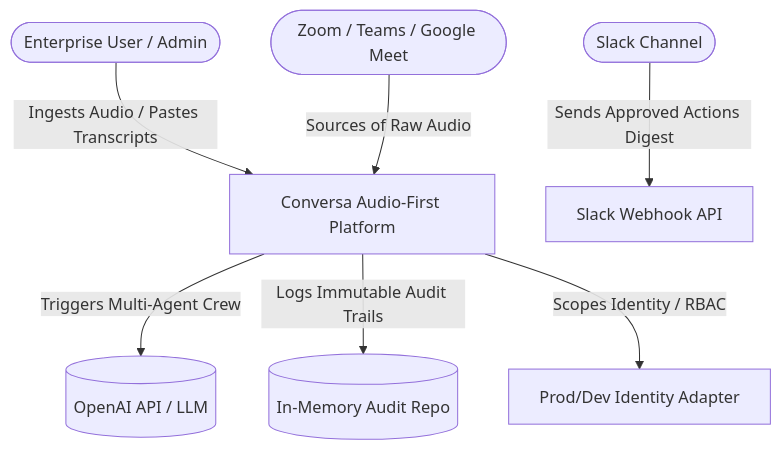
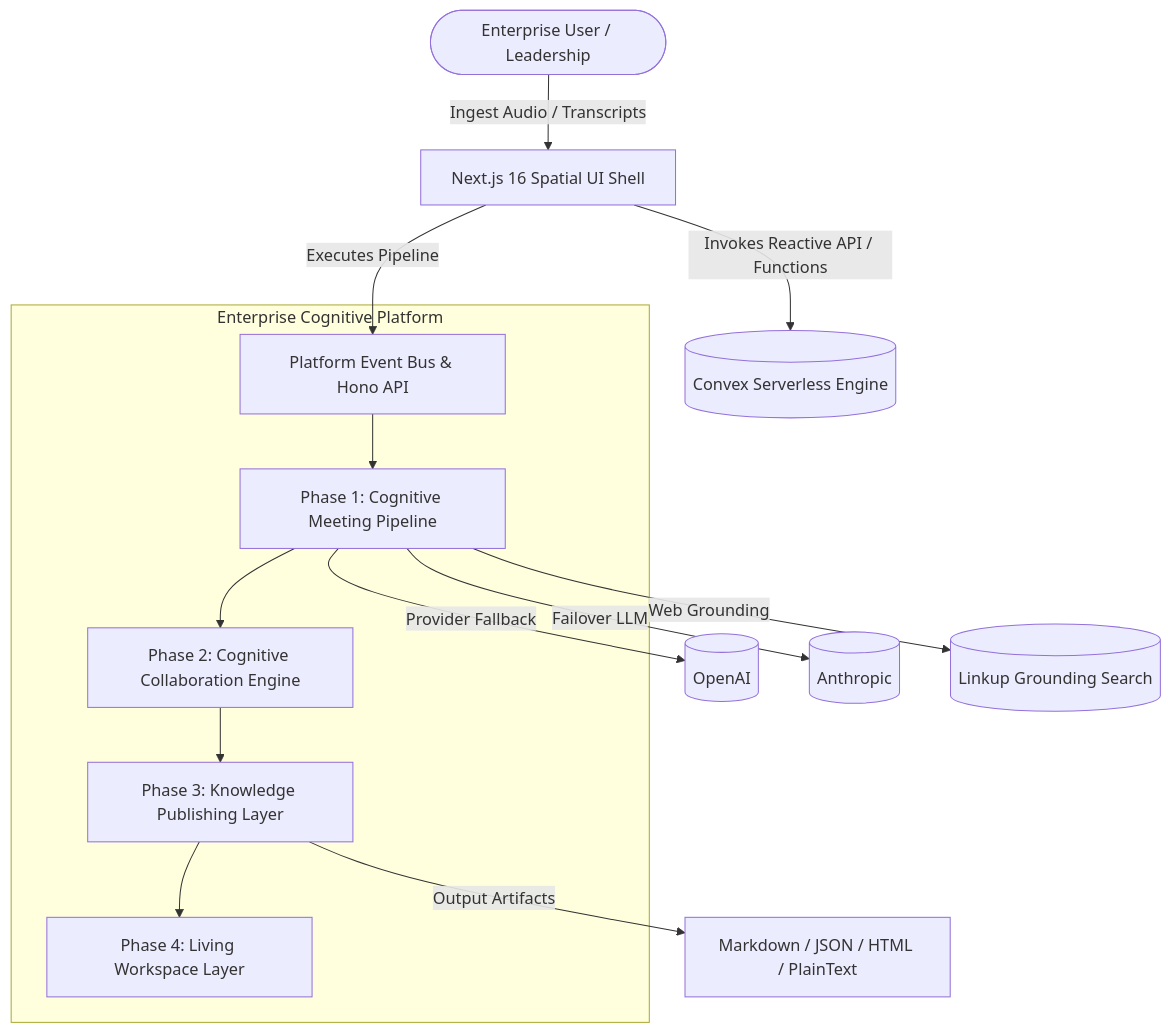
One commit to rjmad1/1_Conversa_HermesBuildathon changed the first of 3 diagrams in docs/ARCHITECTURE.md. Above: the diagram before and after it, drawn with Mermaid. The commit also changed other lines of this file and 265 other files, not shown here.

Commit message:
docs & core: sync enterprise platform architecture, documentation, and type-safe module test suites

````diff
--- a/docs/ARCHITECTURE.md
+++ b/docs/ARCHITECTURE.md
@@ -18,9 +15,18 @@
 ```mermaid
 graph TD
-    User([Enterprise User / Admin]) -- Ingests Audio / Pastes Transcripts --> Conversa[Conversa Audio-First Platform]
-    Conversa -- Triggers Multi-Agent Crew --> OpenAI[(OpenAI API / LLM)]
-    Conversa -- Logs Immutable Audit Trails --> AuditStore[(In-Memory Audit Repo)]
-    Conversa -- Scopes Identity / RBAC --> AuthAdapter[Prod/Dev Identity Adapter]
-    MeetingPlatforms([Zoom / Teams / Google Meet]) -- Sources of Raw Audio --> Conversa
-    SlackChannel([Slack Channel]) -- Sends Approved Actions Digest --> SlackAPI[Slack Webhook API]
+    User([Enterprise User / Leadership]) -- Ingest Audio / Transcripts --> UI[Next.js 16 Spatial UI Shell]
+    UI -- Invokes Reactive API / Functions --> Convex[(Convex Serverless Engine)]
+    UI -- Executes Pipeline --> PlatformBus[Platform Event Bus & Hono API]
+    
+    subgraph Enterprise Cognitive Platform
+        PlatformBus --> P1[Phase 1: Cognitive Meeting Pipeline]
+        P1 --> P2[Phase 2: Cognitive Collaboration Engine]
+        P2 --> P3[Phase 3: Knowledge Publishing Layer]
+        P3 --> P4[Phase 4: Living Workspace Layer]
+    end
+
+    P1 -- Provider Fallback --> PrimaryLLM[(OpenAI)]
+    P1 -- Failover LLM --> SecondaryLLM[(Anthropic)]
+    P1 -- Web Grounding --> LinkupAPI[(Linkup Grounding Search)]
+    P3 -- Output Artifacts --> Export[Markdown / JSON / HTML / PlainText]
 ```
````
